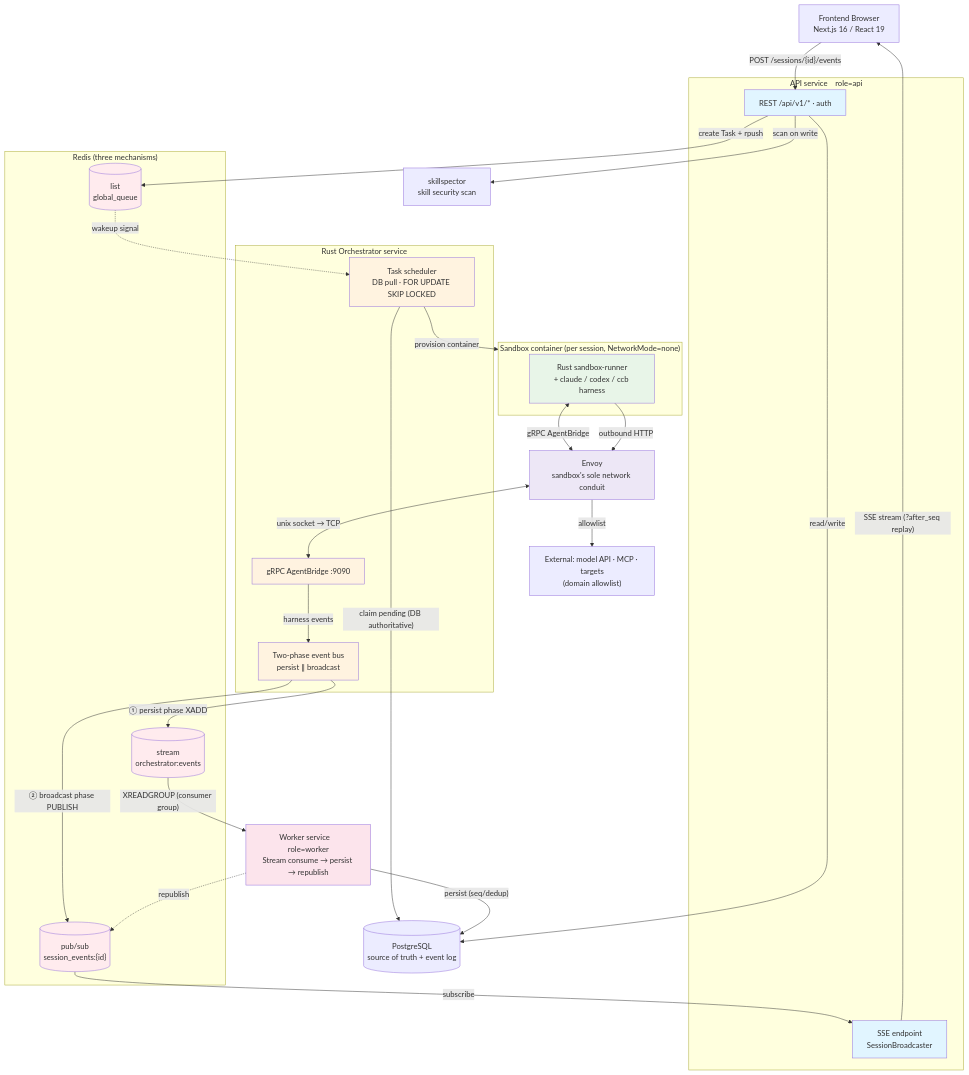
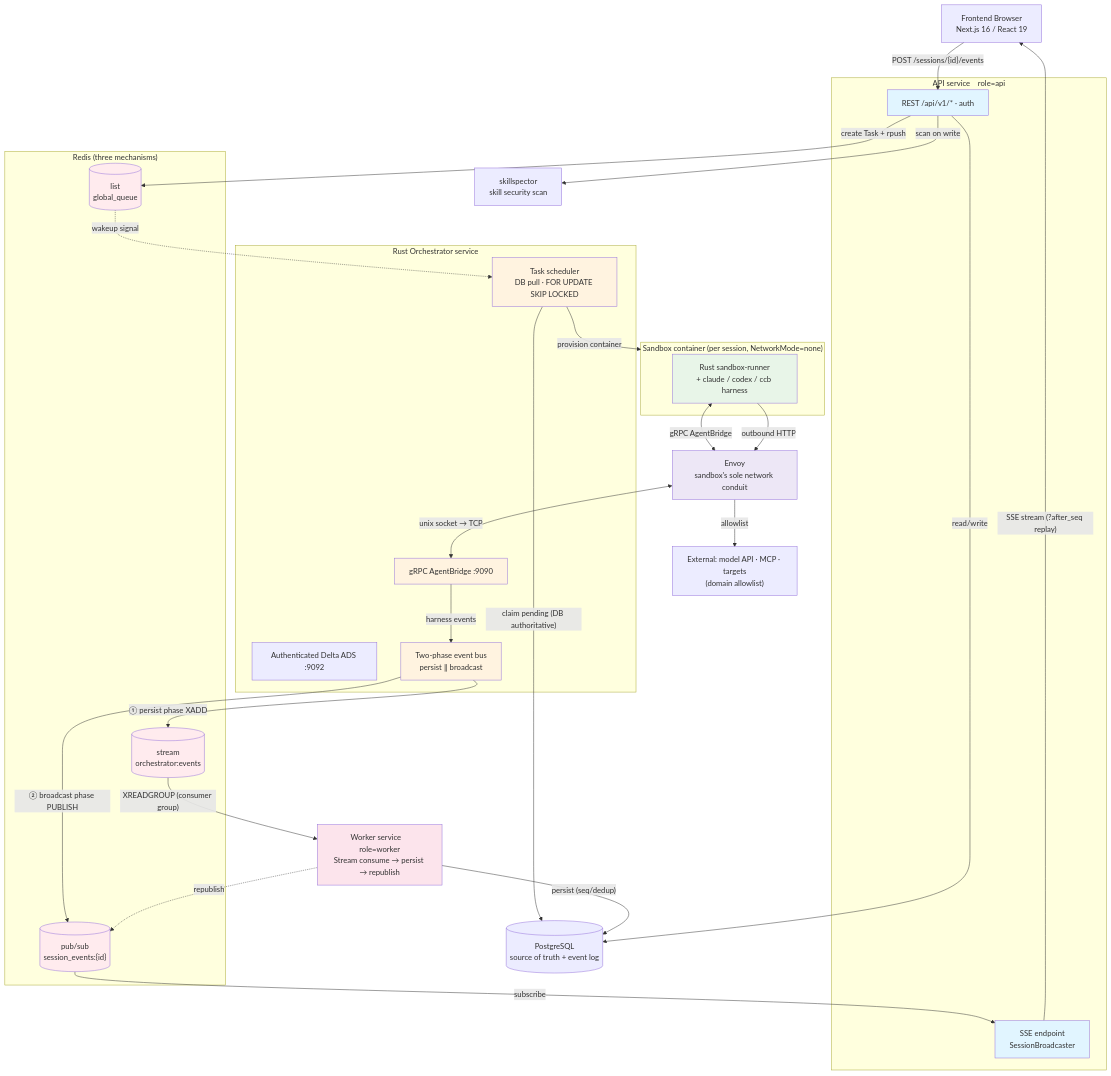
Before and after one commit to jd-opensource/JoySafeter: the first of 2 diagrams in docs/ARCHITECTURE.md, drawn with Mermaid. The commit also changed other lines of this file and 110 other files, not shown here.

Commit message:
refactor(xds): establish domain-owned runtime architecture

````diff
--- a/docs/ARCHITECTURE.md
+++ b/docs/ARCHITECTURE.md
@@ -23,70 +23,71 @@
 ```mermaid
 flowchart TB
     FE["Frontend Browser<br/>Next.js 16 / React 19"]
 
     subgraph API_S["API service　role=api"]
         API["REST /api/v1/* · auth"]
         BC["SSE endpoint<br/>SessionBroadcaster"]
     end
 
     subgraph ORCH_S["Rust Orchestrator service"]
         SCHED["Task scheduler<br/>DB pull · FOR UPDATE SKIP LOCKED"]
         GRPC["gRPC AgentBridge :9090"]
+        XDS["Authenticated Delta ADS :9092"]
         BUS["Two-phase event bus<br/>persist ∥ broadcast"]
     end
 
     WK["Worker service　role=worker<br/>Stream consume → persist → republish"]
 
     subgraph REDIS["Redis (three mechanisms)"]
         RLIST[("list<br/>global_queue")]
         RSTREAM[("stream<br/>orchestrator:events")]
         RPUB[("pub/sub<br/>session_events:{id}")]
     end
     PG[("PostgreSQL<br/>source of truth + event log")]
     SKILLSPECTOR["skillspector<br/>skill security scan"]
 
     subgraph SBX["Sandbox container (per session, NetworkMode=none)"]
         RUN["Rust sandbox-runner<br/>+ claude / codex / ccb harness"]
     end
     ENVOY["Envoy<br/>sandbox's sole network conduit"]
     EXT["External: model API · MCP · targets<br/>(domain allowlist)"]
 
     %% submit & schedule
     FE -->|"POST /sessions/{id}/events"| API
     API -->|"create Task + rpush"| RLIST
     API -->|"read/write"| PG
     API -->|"scan on write"| SKILLSPECTOR
     RLIST -.->|"wakeup signal"| SCHED
     SCHED -->|"claim pending (DB authoritative)"| PG
     SCHED -->|"provision container"| SBX
 
     %% all sandbox traffic goes through Envoy
     RUN <-->|"gRPC AgentBridge"| ENVOY
     ENVOY <-->|"unix socket → TCP"| GRPC
     RUN -->|"outbound HTTP"| ENVOY
     ENVOY -->|"allowlist"| EXT
 
     %% two-phase event bus
     GRPC -->|"harness events"| BUS
     BUS -->|"① persist phase XADD"| RSTREAM
     BUS -->|"② broadcast phase PUBLISH"| RPUB
     RSTREAM -->|"XREADGROUP (consumer group)"| WK
     WK -->|"persist (seq/dedup)"| PG
     WK -.->|"republish"| RPUB
 
     %% SSE return path to the browser
     RPUB -->|"subscribe"| BC
     BC -->|"SSE stream (?after_seq replay)"| FE
 
     style API fill:#e1f5ff
     style BC fill:#e1f5ff
     style SCHED fill:#fff3e0
     style GRPC fill:#fff3e0
     style BUS fill:#fff3e0
     style WK fill:#fce4ec
     style RLIST fill:#ffebee
     style RSTREAM fill:#ffebee
     style RPUB fill:#ffebee
     style RUN fill:#e8f5e8
     style ENVOY fill:#ede7f6
 ```
````
